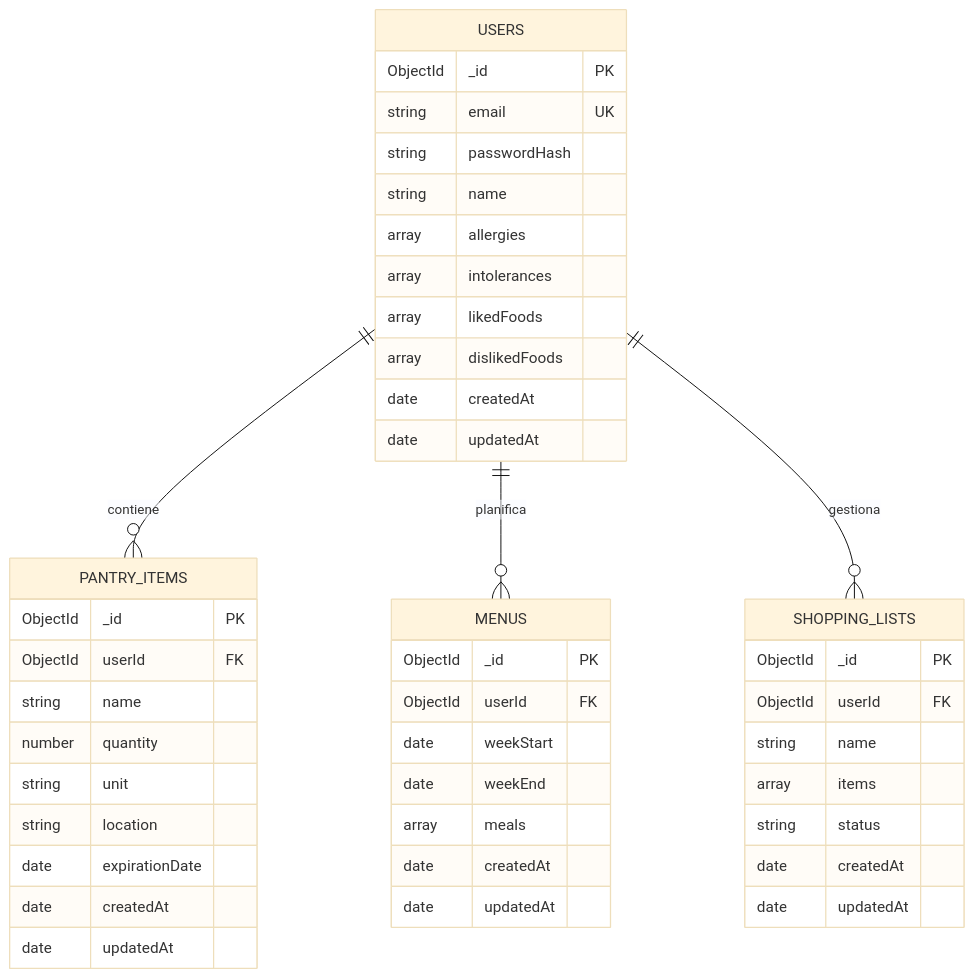
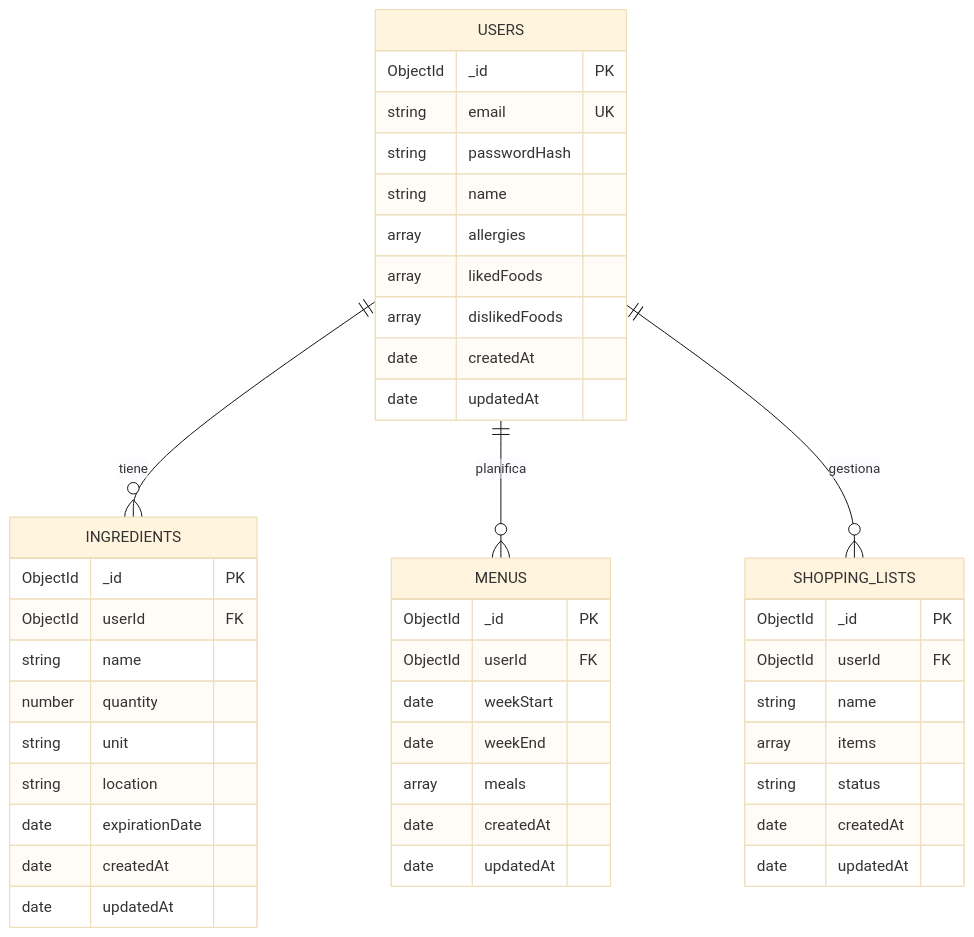
The diagram in docs/propuesta/02-viabilidad-tecnica.md (nenooodev/Placeholder), drawn with Mermaid (base theme) before and after one commit.

Commit message:
Correct entity relationships in viability document
Updated the entity relationships in the technical viability document to reflect the correct associations between USERS and INGREDIENTS.

````diff
--- a/docs/propuesta/02-viabilidad-tecnica.md
+++ b/docs/propuesta/02-viabilidad-tecnica.md
@@ -257,51 +257,50 @@
 ```mermaid
 erDiagram
-    USERS ||--o{ PANTRY_ITEMS : contiene
+    USERS ||--o{ INGREDIENTS : tiene
     USERS ||--o{ MENUS : planifica
     USERS ||--o{ SHOPPING_LISTS : gestiona
 
     USERS {
         ObjectId _id PK
         string email UK
         string passwordHash
         string name
         array allergies
-        array intolerances
         array likedFoods
         array dislikedFoods
         date createdAt
         date updatedAt
     }
 
-    PANTRY_ITEMS {
+    INGREDIENTS {
         ObjectId _id PK
         ObjectId userId FK
         string name
         number quantity
         string unit
         string location
         date expirationDate
         date createdAt
         date updatedAt
     }
 
     MENUS {
         ObjectId _id PK
         ObjectId userId FK
         date weekStart
         date weekEnd
         array meals
         date createdAt
         date updatedAt
     }
 
     SHOPPING_LISTS {
         ObjectId _id PK
         ObjectId userId FK
         string name
         array items
         string status
         date createdAt
         date updatedAt
     }
 ```
````
